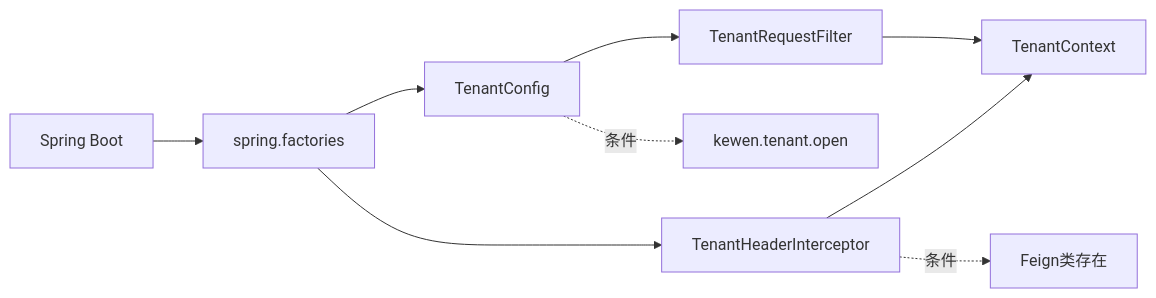
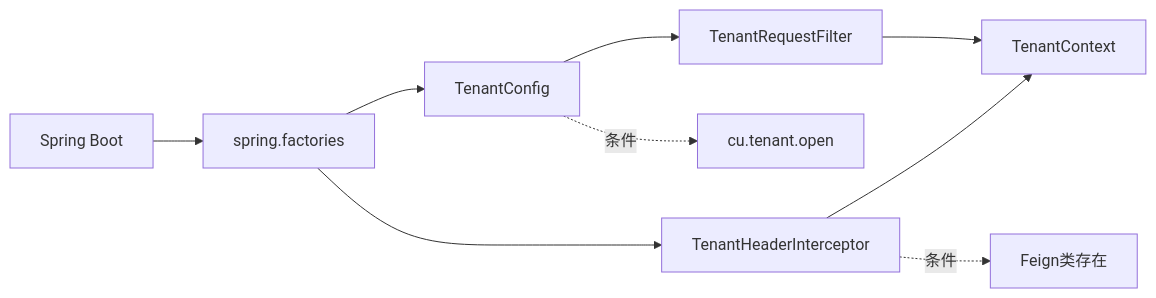
Before and after one commit to LiukewenSC/kewen-framework: the sixth of 6 diagrams in .qoder/repowiki/zh/content/启动器模块 (boot)/租户启动器 (tenant-spring-boot-starter).md, drawn with Mermaid. The commit also changed other lines of this file and 764 other files, not shown here.

````diff
--- a/.qoder/repowiki/zh/content/启动器模块 (boot)/租户启动器 (tenant-spring-boot-starter).md
+++ b/.qoder/repowiki/zh/content/启动器模块 (boot)/租户启动器 (tenant-spring-boot-starter).md
@@ -257,11 +257,11 @@
 ```mermaid
 graph LR
 Spring["Spring Boot"] --> Fact["spring.factories"]
 Fact --> Cfg["TenantConfig"]
 Fact --> FeignInt["TenantHeaderInterceptor"]
 Cfg --> Filt["TenantRequestFilter"]
 Filt --> Ctx["TenantContext"]
 FeignInt --> Ctx
-Cfg -.条件.-> Prop["kewen.tenant.open"]
+Cfg -.条件.-> Prop["cu.tenant.open"]
 FeignInt -.条件.-> FeignCls["Feign类存在"]
 ```
````
